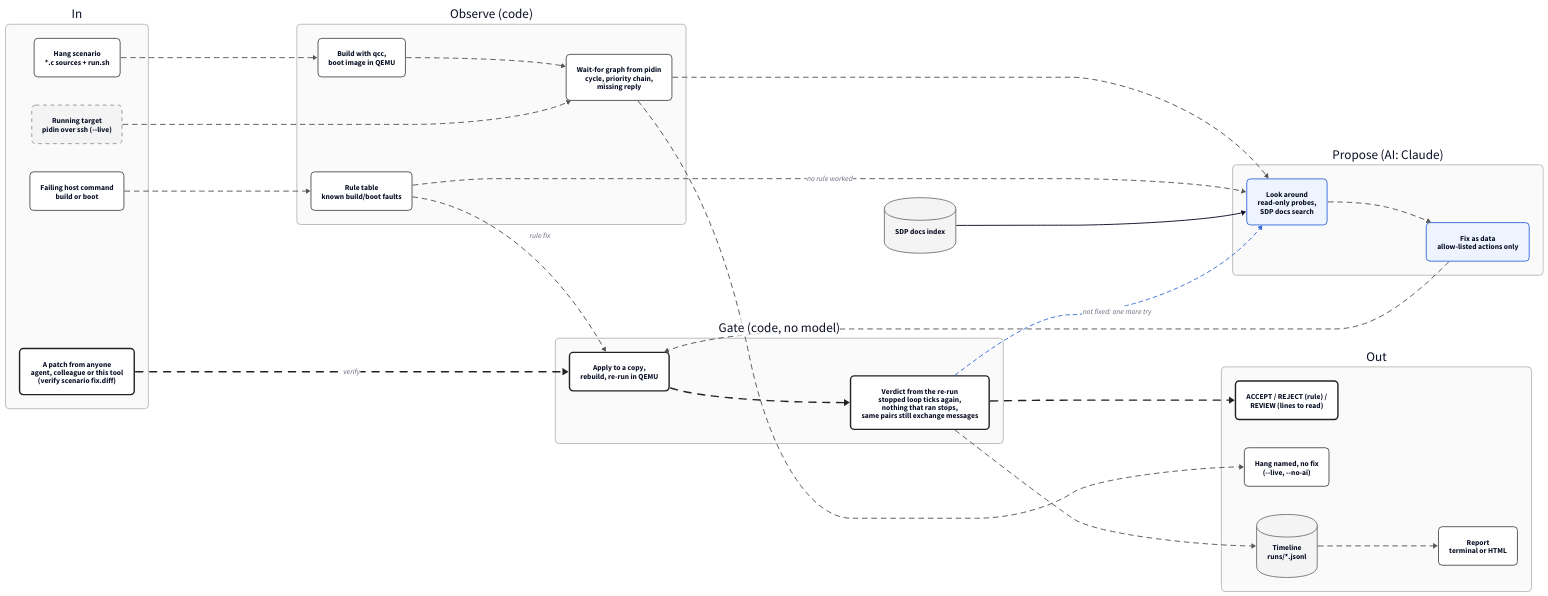
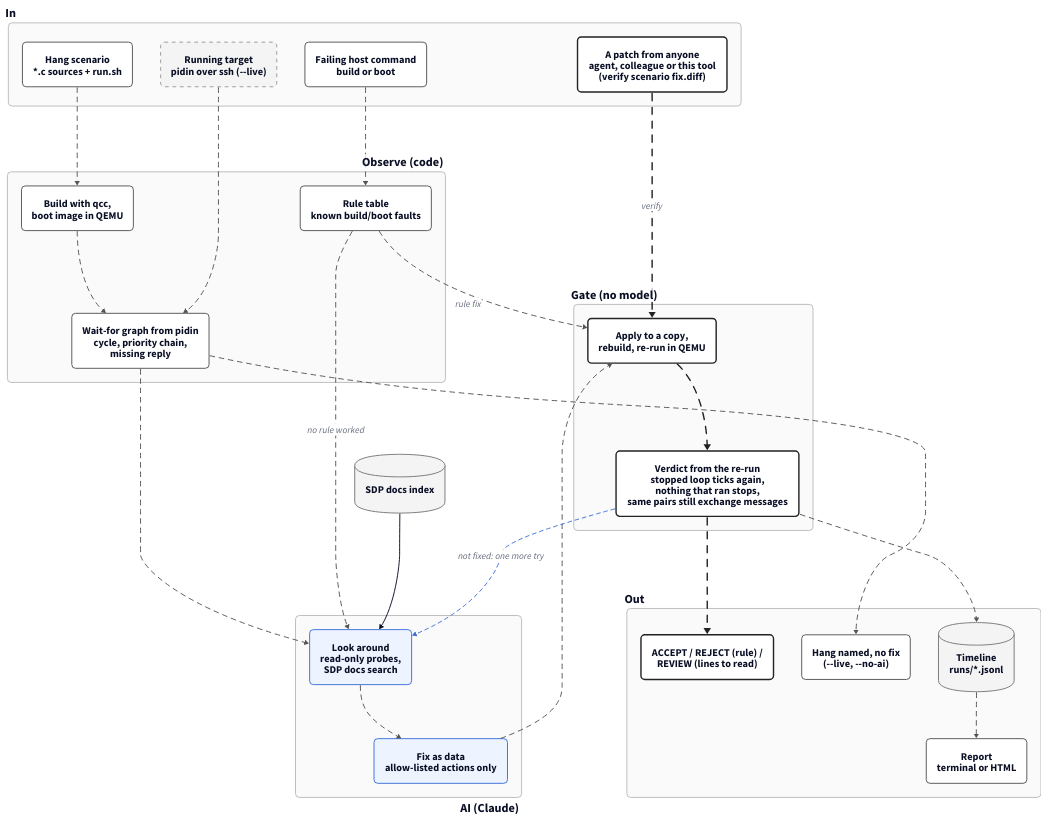
One commit to dormkim/qnx-doctor changed the diagram in docs/diagrams/flow.d2. Above: the diagram before and after it, drawn with D2. The commit also changed 3 other files, not shown here.

First line of the commit message:
docs: flow diagram laid out top to bottom with larger text

```diff
--- a/docs/diagrams/flow.d2
+++ b/docs/diagrams/flow.d2
@@ -1,70 +1,72 @@
-# qnx-doctor flow (2026-11-21; verify entrance added 2026-11-23). Source of flow.svg / flow.png. Render: see the README section "At a glance".
+# qnx-doctor flow (2026-11-21; verify entrance added and laid out top to bottom 2026-11-23). Source of flow.svg / flow.png. Render: see the README section "At a glance".
 # One accent colour = the AI step. Everything else is code. Dashed grey = outside this repo. Thick border = the verify path.
 vars: { d2-config: { theme-id: 1 } }
-direction: right
+direction: down
 classes: {
-  group: { style: { fill: "#FAFAFA"; stroke: "#BBBBBB"; border-radius: 8 } }
-  own: { style: { fill: "#FFFFFF"; stroke: "#555555"; border-radius: 8 } }
-  ai: { style: { fill: "#EEF4FF"; stroke: "#3B6FD9"; border-radius: 8 } }
-  ext: { style: { fill: "#F4F4F4"; stroke: "#999999"; stroke-dash: 4; border-radius: 8 } }
-  gate: { style: { fill: "#FFFFFF"; stroke: "#222222"; stroke-width: 3; border-radius: 8 } }
-  gateflow: { style: { animated: true; stroke: "#222222"; stroke-width: 3 } }
-  store: { shape: cylinder; style: { fill: "#F4F4F4"; stroke: "#777777" } }
-  flow: { style: { animated: true; stroke: "#555555" } }
-  retry: { style: { animated: true; stroke: "#3B6FD9"; stroke-dash: 4 } }
+  group: { label.near: outside-top-left; style: { fill: "#FAFAFA"; stroke: "#BBBBBB"; border-radius: 8; font-size: 26; bold: true } }
+  own: { style: { fill: "#FFFFFF"; stroke: "#555555"; border-radius: 8; font-size: 22 } }
+  ai: { style: { fill: "#EEF4FF"; stroke: "#3B6FD9"; border-radius: 8; font-size: 22 } }
+  ext: { style: { fill: "#F4F4F4"; stroke: "#999999"; stroke-dash: 4; border-radius: 8; font-size: 22 } }
+  gate: { style: { fill: "#FFFFFF"; stroke: "#222222"; stroke-width: 3; border-radius: 8; font-size: 22 } }
+  gateflow: { style: { animated: true; stroke: "#222222"; stroke-width: 3; font-size: 20 } }
+  store: { shape: cylinder; style: { fill: "#F4F4F4"; stroke: "#777777"; font-size: 22 } }
+  flow: { style: { animated: true; stroke: "#555555"; font-size: 20 } }
+  retry: { style: { animated: true; stroke: "#3B6FD9"; stroke-dash: 4; font-size: 20 } }
 }
 
 in: "In" {
   class: group
   patch: "A patch from anyone\nagent, colleague or this tool\n(verify scenario fix.diff)" { class: gate }
   scenario: "Hang scenario\n*.c sources + run.sh" { class: own }
   live: "Running target\npidin over ssh (--live)" { class: ext }
   cmd: "Failing host command\nbuild or boot" { class: own }
 }
 
 observe: "Observe (code)" {
   class: group
+  label.near: outside-top-right
   boot: "Build with qcc,\nboot image in QEMU" { class: own }
   graph: "Wait-for graph from pidin\ncycle, priority chain,\nmissing reply" { class: own }
   rules: "Rule table\nknown build/boot faults" { class: own }
 }
 
-ai: "Propose (AI: Claude)" {
+ai: "AI (Claude)" {
   class: group
+  label.near: outside-bottom-right
   look: "Look around\nread-only probes,\nSDP docs search" { class: ai }
   fix: "Fix as data\nallow-listed actions only" { class: ai }
 }
 
-verify: "Gate (code, no model)" {
+verify: "Gate (no model)" {
   class: group
   rerun: "Apply to a copy,\nrebuild, re-run in QEMU" { class: gate }
   verdict: "Verdict from the re-run\nstopped loop ticks again,\nnothing that ran stops,\nsame pairs still exchange messages" { class: gate }
 }
 
 out: "Out" {
   class: group
   answer: "ACCEPT / REJECT (rule) /\nREVIEW (lines to read)" { class: gate }
   named: "Hang named, no fix\n(--live, --no-ai)" { class: own }
   timeline: "Timeline\nruns/*.jsonl" { class: store }
   report: "Report\nterminal or HTML" { class: own }
 }
 
 docs: "SDP docs index" { class: store }
 
 in.patch -> verify.rerun: "verify" { class: gateflow }
 verify.verdict -> out.answer: { class: gateflow }
 in.scenario -> observe.boot: { class: flow }
 observe.boot -> observe.graph: { class: flow }
 in.live -> observe.graph: { class: flow }
 in.cmd -> observe.rules: { class: flow }
 observe.graph -> ai.look: { class: flow }
 observe.graph -> out.named: { class: flow }
 observe.rules -> verify.rerun: "rule fix" { class: flow }
 observe.rules -> ai.look: "no rule worked" { class: flow }
 docs -> ai.look
 ai.look -> ai.fix: { class: flow }
 ai.fix -> verify.rerun: { class: flow }
 verify.rerun -> verify.verdict: { class: gateflow }
 verify.verdict -> ai.look: "not fixed: one more try" { class: retry }
 verify.verdict -> out.timeline: { class: flow }
 out.timeline -> out.report: { class: flow }
```
